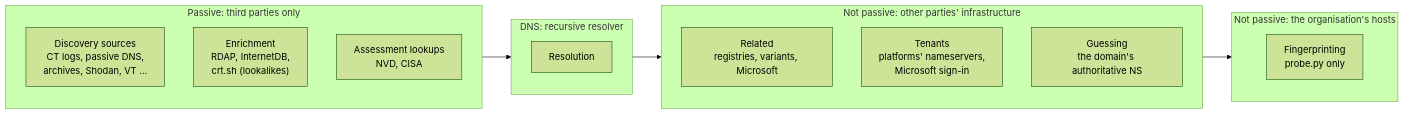
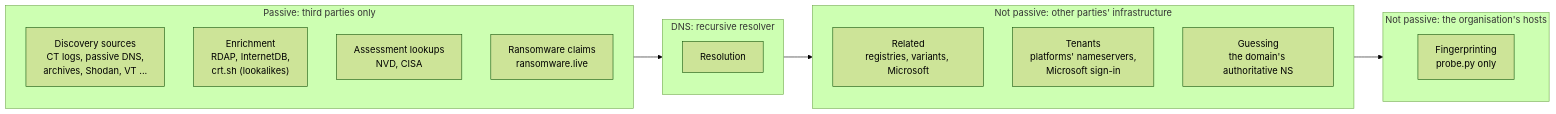
The second of 2 diagrams in ARCHITECTURE.md (JeremyCBrooks/farpoint), drawn with Mermaid (forest theme) before and after one commit. The commit also changed other lines of this file and 8 other files, not shown here.

First line of the commit message:
Add --ransomware: ransomware leak-site claims from ransomware.live

````diff
--- a/ARCHITECTURE.md
+++ b/ARCHITECTURE.md
@@ -74,20 +75,21 @@
 ```mermaid
 flowchart LR
     subgraph P0["Passive: third parties only"]
         S1["Discovery sources<br/>CT logs, passive DNS,<br/>archives, Shodan, VT ..."]
         S2["Enrichment<br/>RDAP, InternetDB,<br/>crt.sh (lookalikes)"]
         S3["Assessment lookups<br/>NVD, CISA"]
+        S9["Ransomware claims<br/>ransomware.live"]
     end
     subgraph P1["DNS: recursive resolver"]
         S4["Resolution"]
     end
     subgraph P2["Not passive: other parties' infrastructure"]
         S5["Related<br/>registries, variants, Microsoft"]
         S6["Tenants<br/>platforms' nameservers,<br/>Microsoft sign-in"]
         S7["Guessing<br/>the domain's authoritative NS"]
     end
     subgraph P3["Not passive: the organisation's hosts"]
         S8["Fingerprinting<br/>probe.py only"]
     end
     P0 --> P1 --> P2 --> P3
 ```
````
